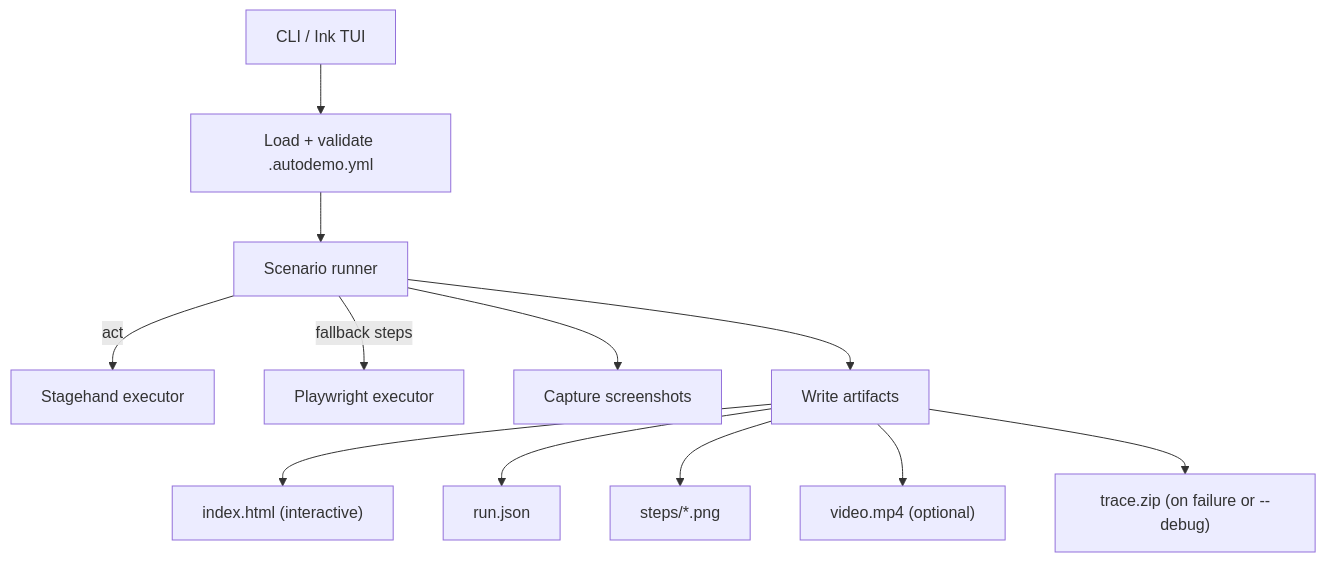
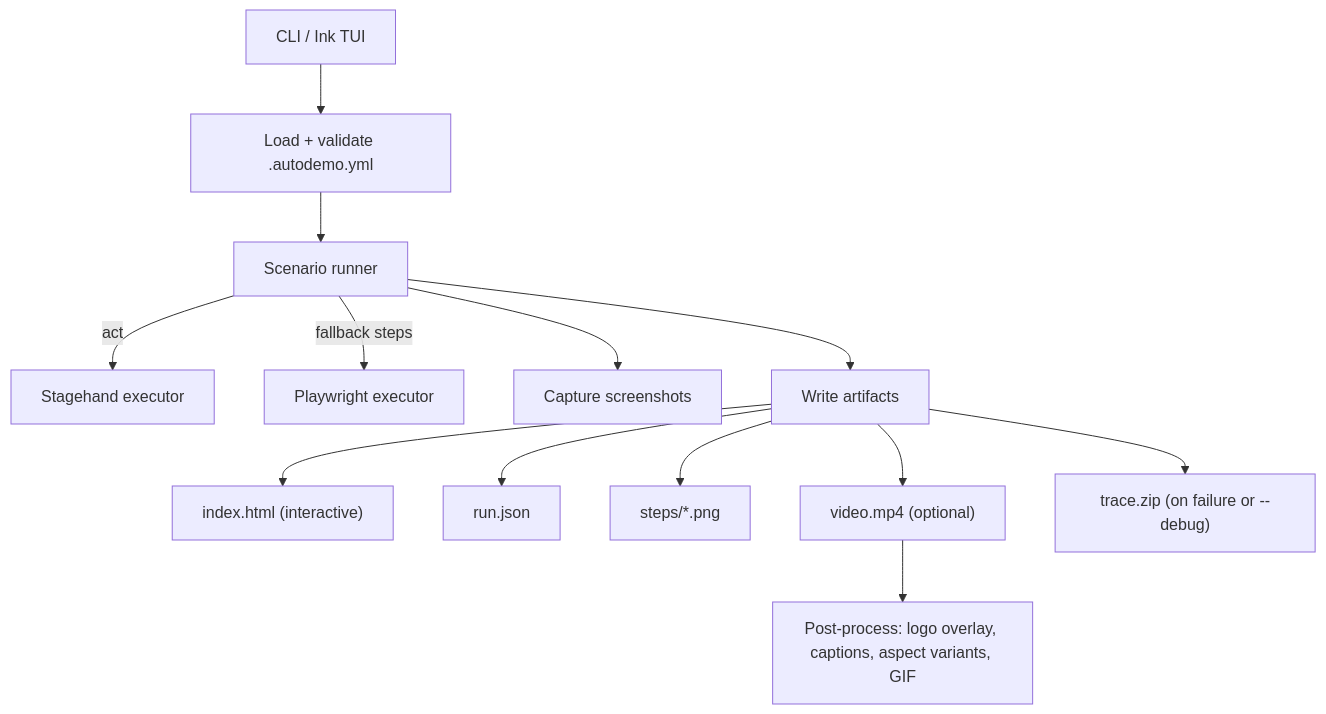
Before and after one commit to praveen-palanisamy/autodemo: the diagram in docs/ARCHITECTURE.md, drawn with Mermaid. The commit also changed other lines of this file and 12 other files, not shown here.

````diff
--- a/docs/ARCHITECTURE.md
+++ b/docs/ARCHITECTURE.md
@@ -7,14 +7,15 @@
 ```mermaid
 flowchart TD
   CLI[CLI / Ink TUI] --> CFG[Load + validate .autodemo.yml]
   CFG --> RUN[Scenario runner]
   RUN -->|act| SH[Stagehand executor]
   RUN -->|fallback steps| PW[Playwright executor]
   RUN --> CAP[Capture screenshots]
   RUN --> OUT[Write artifacts]
   OUT --> HTML["index.html (interactive)"]
   OUT --> JSON[run.json]
   OUT --> STEPS[steps/*.png]
   OUT --> VID["video.mp4 (optional)"]
+  VID --> POST["Post-process: logo overlay, captions, aspect variants, GIF"]
   OUT --> TRACE["trace.zip (on failure or --debug)"]
 ```
````
